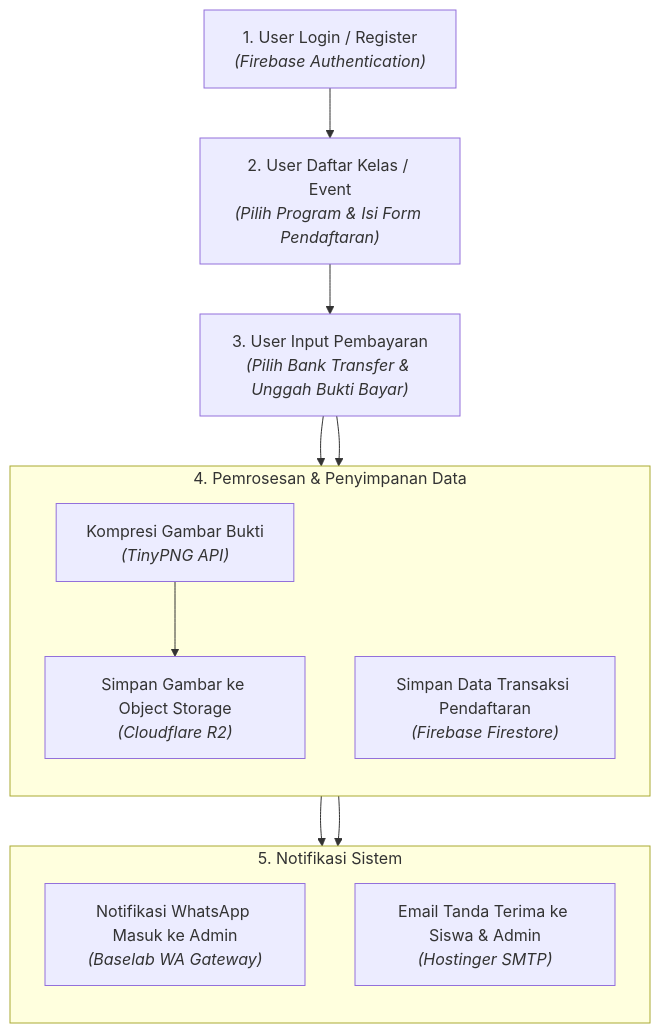
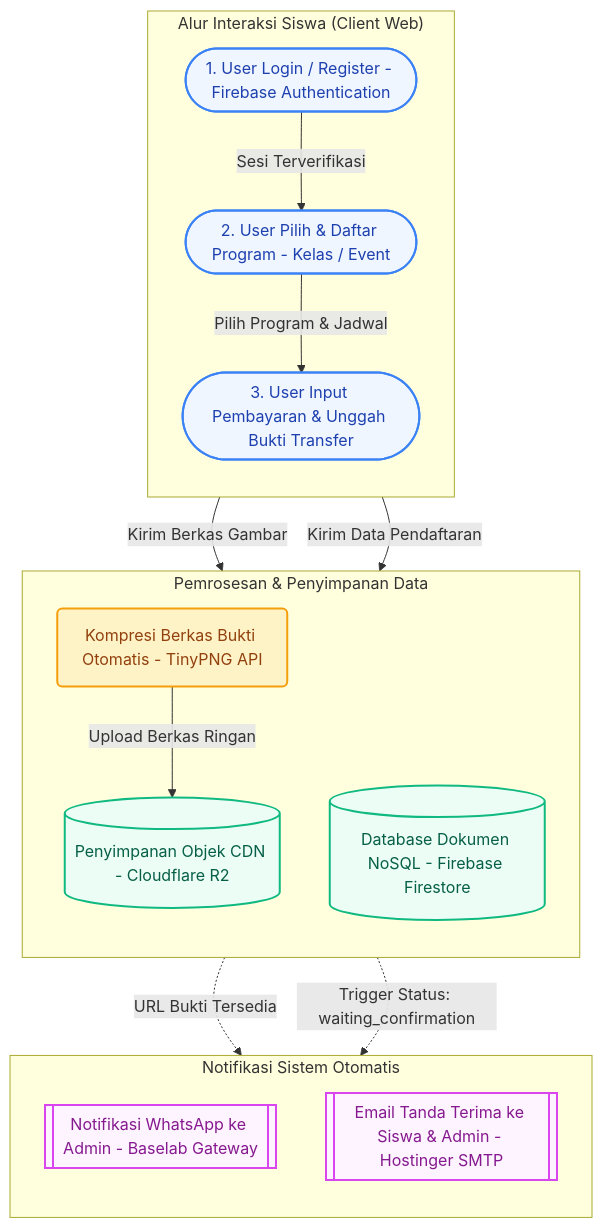
Before and after one commit to hellofadhil/client-slangtech-new: the diagram in README.md, drawn with Mermaid.

Commit message:
docs: enhance mermaid diagram styling with color themes and custom node shapes

````diff
--- a/README.md
+++ b/README.md
@@ -44,28 +44,43 @@
 ```mermaid
 flowchart TD
-    Step1["1. User Login / Register<br/><i>(Firebase Authentication)</i>"]
-    Step2["2. User Daftar Kelas / Event<br/><i>(Pilih Program & Isi Form Pendaftaran)</i>"]
-    Step3["3. User Input Pembayaran<br/><i>(Pilih Bank Transfer & Unggah Bukti Bayar)</i>"]
-
-    subgraph Step4["4. Pemrosesan & Penyimpanan Data"]
+    subgraph UserJourney ["Alur Interaksi Siswa (Client Web)"]
         direction TB
-        S4_Compress["Kompresi Gambar Bukti<br/><i>(TinyPNG API)</i>"]
-        S4_R2["Simpan Gambar ke Object Storage<br/><i>(Cloudflare R2)</i>"]
-        S4_Firestore["Simpan Data Transaksi Pendaftaran<br/><i>(Firebase Firestore)</i>"]
-
-        S4_Compress --> S4_R2
+        Step1(["1. User Login / Register - Firebase Authentication"])
+        Step2(["2. User Pilih & Daftar Program - Kelas / Event"])
+        Step3(["3. User Input Pembayaran & Unggah Bukti Transfer"])
     end
 
-    subgraph Step5["5. Notifikasi Sistem"]
+    subgraph StorageLayer ["Pemrosesan & Penyimpanan Data"]
         direction TB
-        S5_WA["Notifikasi WhatsApp Masuk ke Admin<br/><i>(Baselab WA Gateway)</i>"]
-        S5_Email["Email Tanda Terima ke Siswa & Admin<br/><i>(Hostinger SMTP)</i>"]
+        Compress("Kompresi Berkas Bukti Otomatis - TinyPNG API")
+        Storage[("Penyimpanan Objek CDN - Cloudflare R2")]
+        Firestore[("Database Dokumen NoSQL - Firebase Firestore")]
+
+        Compress -->|"Upload Berkas Ringan"| Storage
     end
 
-    Step1 --> Step2
-    Step2 --> Step3
-    Step3 --> S4_Compress
-    Step3 --> S4_Firestore
-    S4_R2 --> Step5
-    S4_Firestore --> Step5
+    subgraph NotifyLayer ["Notifikasi Sistem Otomatis"]
+        direction TB
+        WA[["Notifikasi WhatsApp ke Admin - Baselab Gateway"]]
+        Email[["Email Tanda Terima ke Siswa & Admin - Hostinger SMTP"]]
+    end
+
+    Step1 -->|"Sesi Terverifikasi"| Step2
+    Step2 -->|"Pilih Program & Jadwal"| Step3
+
+    Step3 -->|"Kirim Berkas Gambar"| Compress
+    Step3 -->|"Kirim Data Pendaftaran"| Firestore
+
+    Storage -.->|"URL Bukti Tersedia"| NotifyLayer
+    Firestore -.->|"Trigger Status: waiting_confirmation"| NotifyLayer
+
+    classDef userAction fill:#eff6ff,stroke:#3b82f6,stroke-width:2px,color:#1e40af;
+    classDef processNode fill:#fef3c7,stroke:#f59e0b,stroke-width:2px,color:#92400e;
+    classDef storageNode fill:#ecfdf5,stroke:#10b981,stroke-width:2px,color:#065f46;
+    classDef notifyNode fill:#fdf4ff,stroke:#d946ef,stroke-width:2px,color:#86198f;
+
+    class Step1,Step2,Step3 userAction;
+    class Compress processNode;
+    class Storage,Firestore storageNode;
+    class WA,Email notifyNode;
 ```
````
